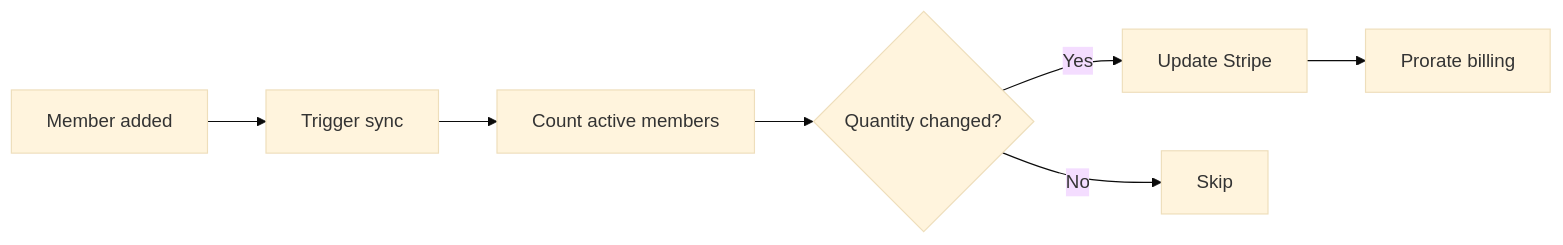
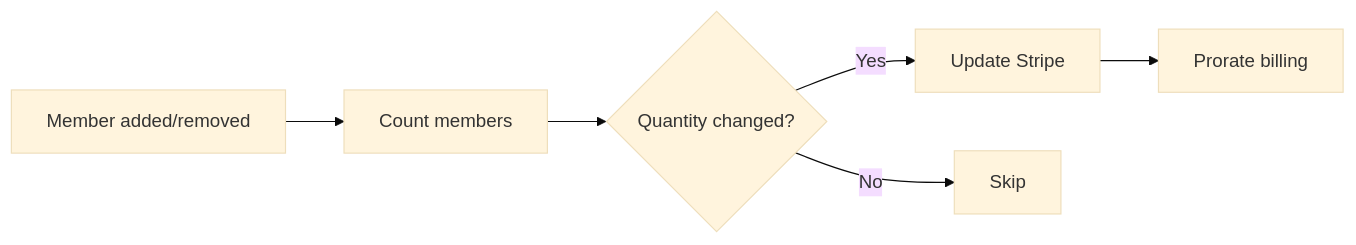
The third of 3 diagrams in docs/features/billing.md (pikaia-dev/pikaia), drawn with Mermaid (base theme) before and after one commit. The commit also changed other lines of this file and 5 other files, not shown here.

````diff
--- a/docs/features/billing.md
+++ b/docs/features/billing.md
@@ -214,9 +74,8 @@
 ```mermaid
 flowchart LR
-    A[Member added] --> B[Trigger sync]
-    B --> C[Count active members]
-    C --> D{Quantity changed?}
-    D -->|Yes| E[Update Stripe]
-    D -->|No| F[Skip]
-    E --> G[Prorate billing]
+    A[Member added/removed] --> B[Count members]
+    B --> C{Quantity changed?}
+    C -->|Yes| D[Update Stripe]
+    C -->|No| E[Skip]
+    D --> F[Prorate billing]
 ```
````
